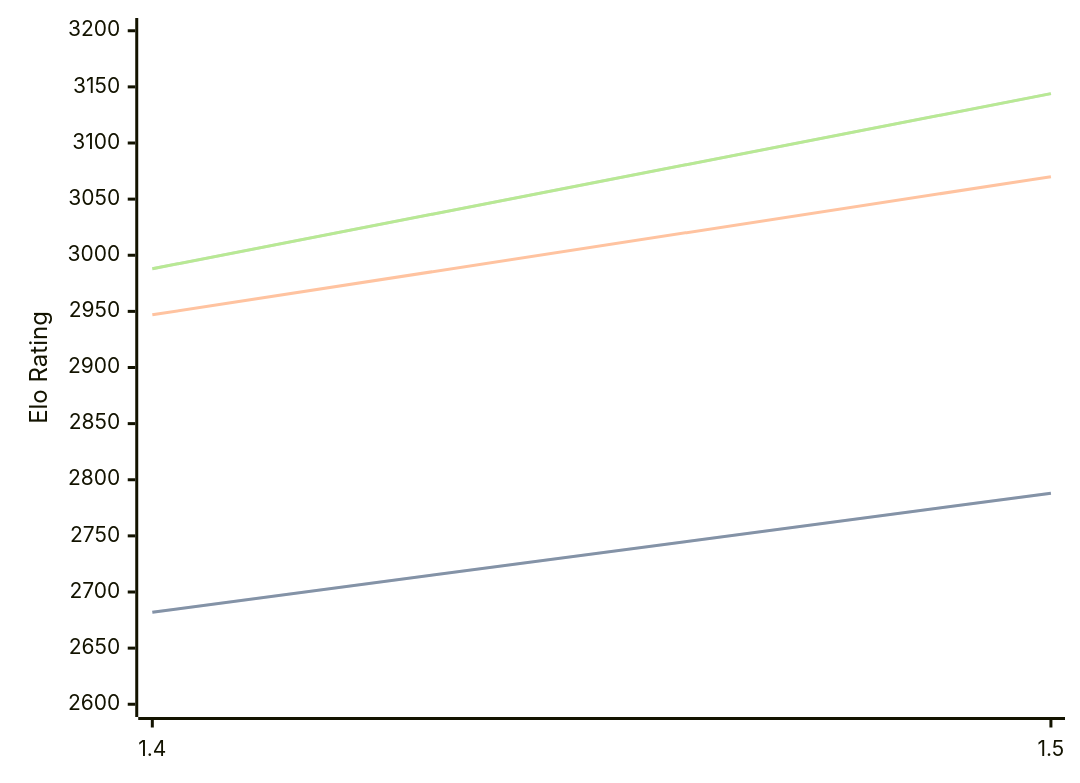
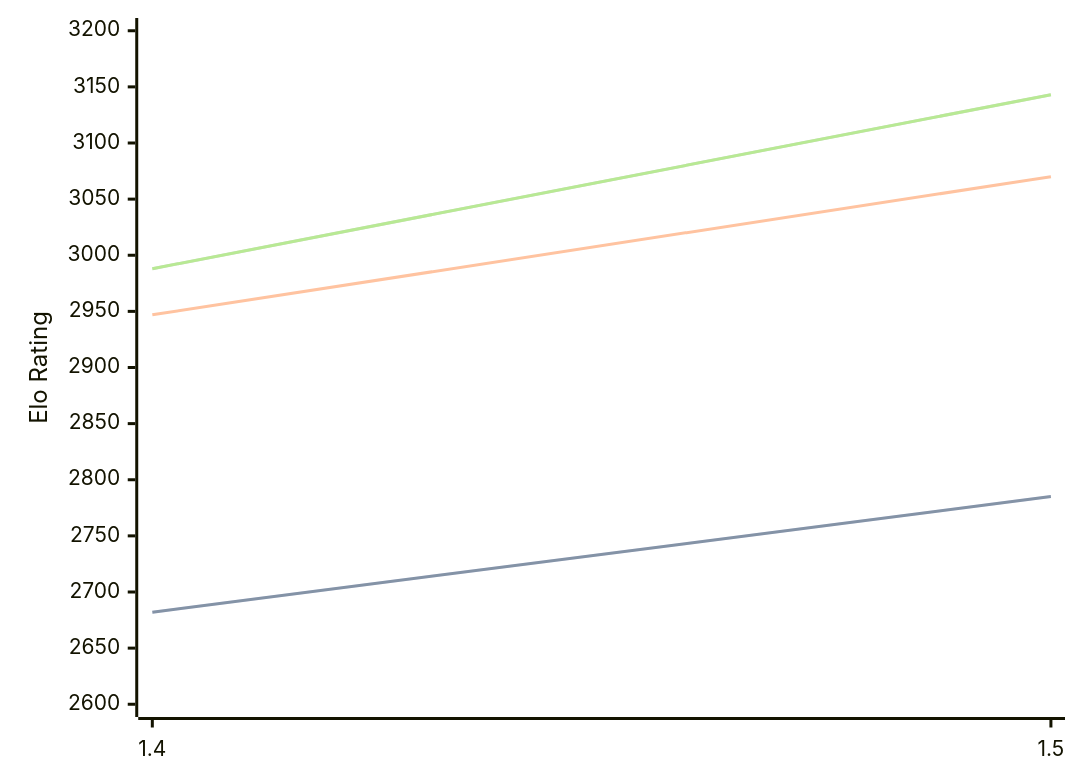
One commit to computer-chess-index/cci changed the diagram in engines/Yakka.md. Above: the diagram before and after it, drawn with Mermaid. The commit also changed other lines of this file, not shown here.

Commit message:
Update CCI Ratings (ELO VLTC) - 2026-03-19

````diff
--- a/engines/Yakka.md
+++ b/engines/Yakka.md
@@ -34,11 +36,11 @@
 ```mermaid
 %%{init: {"theme":"base","themeVariables":{"seriesColors:['#a3a3a3','#222221','#faa371']}}}%%
 xychart-beta
   x-axis ["1.4", "1.5"]
   y-axis "Elo Rating" 2600 --> 3200
-  line "STC (8.0+0.08s)" [2682, 2788]
-  line "STC (8.0+0.08s)" [2682, 2788]
+  line "STC (8.0+0.08s)" [2682, 2785]
+  line "STC (8.0+0.08s)" [2682, 2785]
   line "LTC (60.0+0.60s)" [2947, 3070]
-  line "VLTC (2m24s+1.12s)" [2988, 3144]
-  line "VLTC (2m24s+1.12s)" [2988, 3144]
+  line "VLTC (2m24s+1.12s)" [2988, 3143]
+  line "VLTC (2m24s+1.12s)" [2988, 3143]
 ```
````
